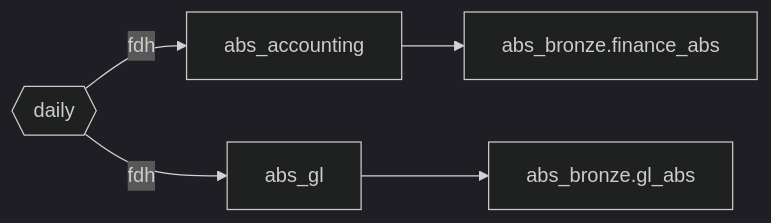
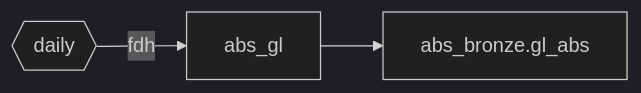
Before and after one commit to NitinKeshavB/framework: the diagram in framework_ingestion/SOURCE_MAP.md, drawn with Mermaid (dark theme). The commit also changed other lines of this file and 23 other files, not shown here.

````diff
--- a/framework_ingestion/SOURCE_MAP.md
+++ b/framework_ingestion/SOURCE_MAP.md
@@ -26,8 +25,6 @@
 ```mermaid
 flowchart LR
   abs_daily{{daily}}
-  abs_daily -->|fdh| abs_accounting[abs_accounting]
-  abs_accounting --> abs_bronze_finance_abs[abs_bronze.finance_abs]
   abs_daily -->|fdh| abs_gl[abs_gl]
   abs_gl --> abs_bronze_gl_abs[abs_bronze.gl_abs]
 ```
````
